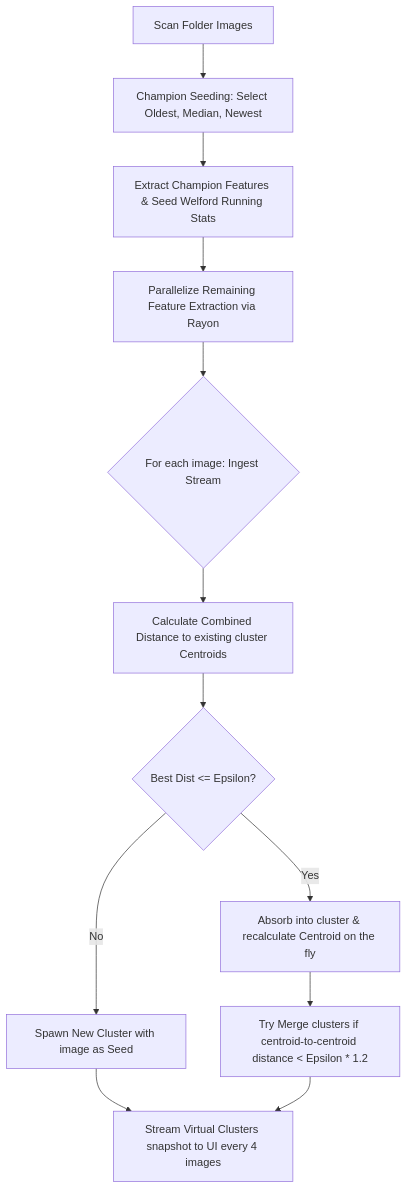
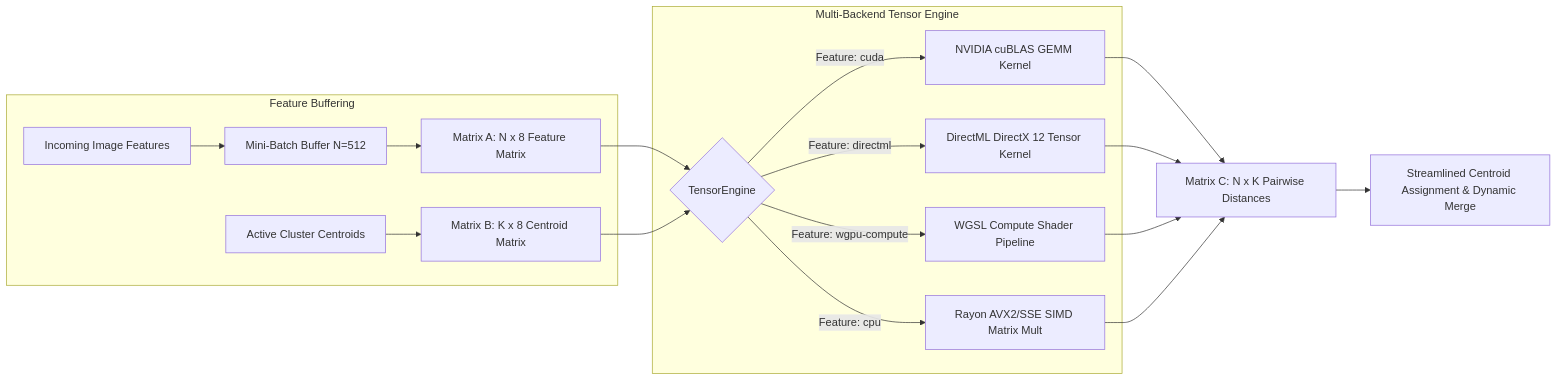
The second of 2 diagrams in bildblitz_technical_architecture.md (titwan37/BildBlitz), drawn with Mermaid before and after one commit. The commit also changed other lines of this file and 18 other files, not shown here.

````diff
--- a/bildblitz_technical_architecture.md
+++ b/bildblitz_technical_architecture.md
@@ -68,14 +153,23 @@
 ```mermaid
-flowchart TD
-    A[Scan Folder Images] --> B[Champion Seeding: Select Oldest, Median, Newest]
-    B --> C[Extract Champion Features & Seed Welford Running Stats]
-    C --> D[Parallelize Remaining Feature Extraction via Rayon]
-    D --> E{For each image: Ingest Stream}
-    E --> F[Calculate Combined Distance to existing cluster Centroids]
-    F --> G{Best Dist <= Epsilon?}
-    G -->|Yes| H[Absorb into cluster & recalculate Centroid on the fly]
-    G -->|No| I[Spawn New Cluster with image as Seed]
-    H --> J[Try Merge clusters if centroid-to-centroid distance < Epsilon * 1.2]
-    I --> K[Stream Virtual Clusters snapshot to UI every 4 images]
+graph LR
+    subgraph Feature Buffering
+        A[Incoming Image Features] --> B[Mini-Batch Buffer N=512]
+        B --> C[Matrix A: N x 8 Feature Matrix]
+        D[Active Cluster Centroids] --> E[Matrix B: K x 8 Centroid Matrix]
+    end
+
+    subgraph Multi-Backend Tensor Engine
+        C --> F{TensorEngine}
+        E --> F
+        F -->|Feature: cuda| G[NVIDIA cuBLAS GEMM Kernel]
+        F -->|Feature: directml| H[DirectML DirectX 12 Tensor Kernel]
+        F -->|Feature: wgpu-compute| I[WGSL Compute Shader Pipeline]
+        F -->|Feature: cpu| J[Rayon AVX2/SSE SIMD Matrix Mult]
+    end
+
+    G --> K[Matrix C: N x K Pairwise Distances]
+    H --> K
+    I --> K
     J --> K
+    K --> L[Streamlined Centroid Assignment & Dynamic Merge]
 ```
````
